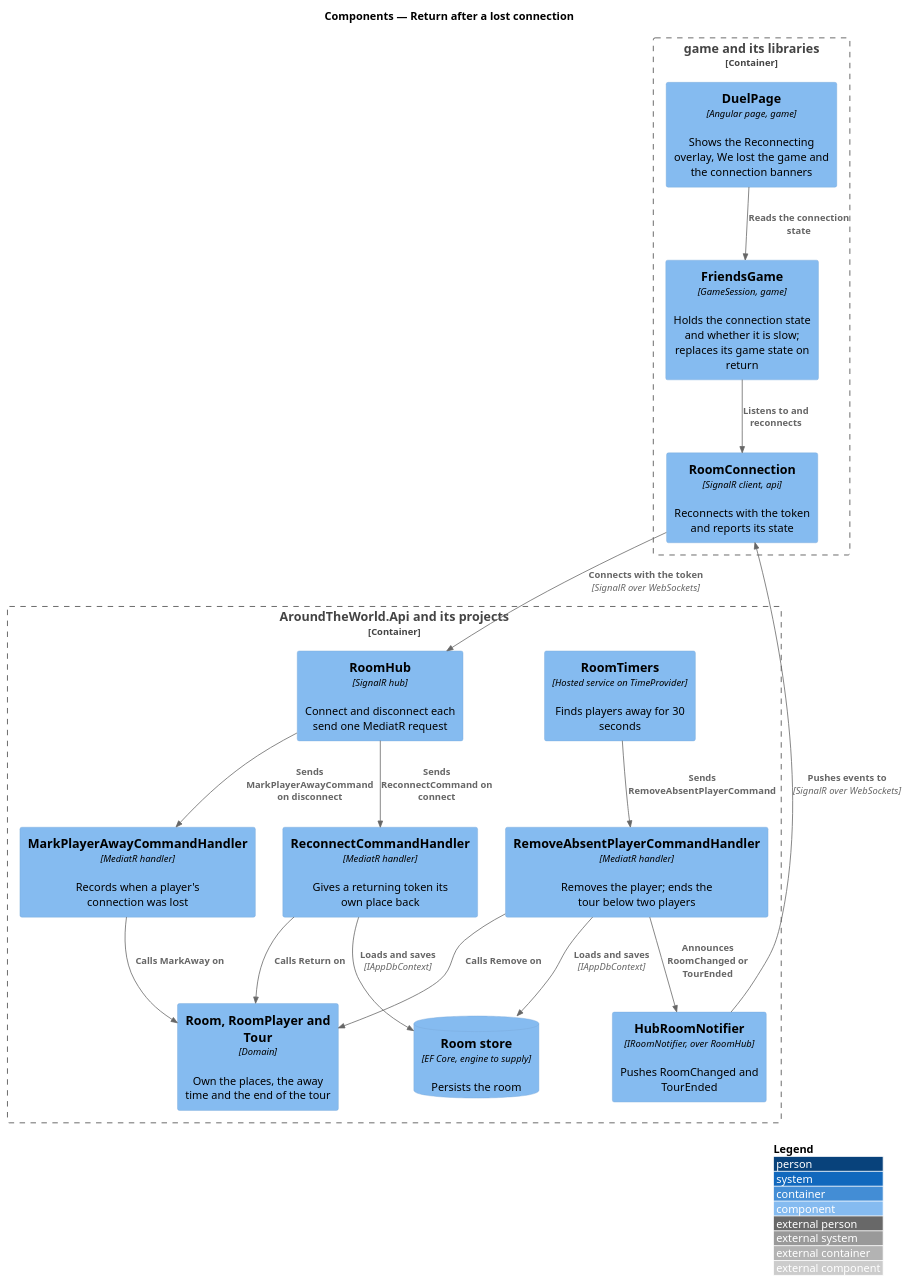
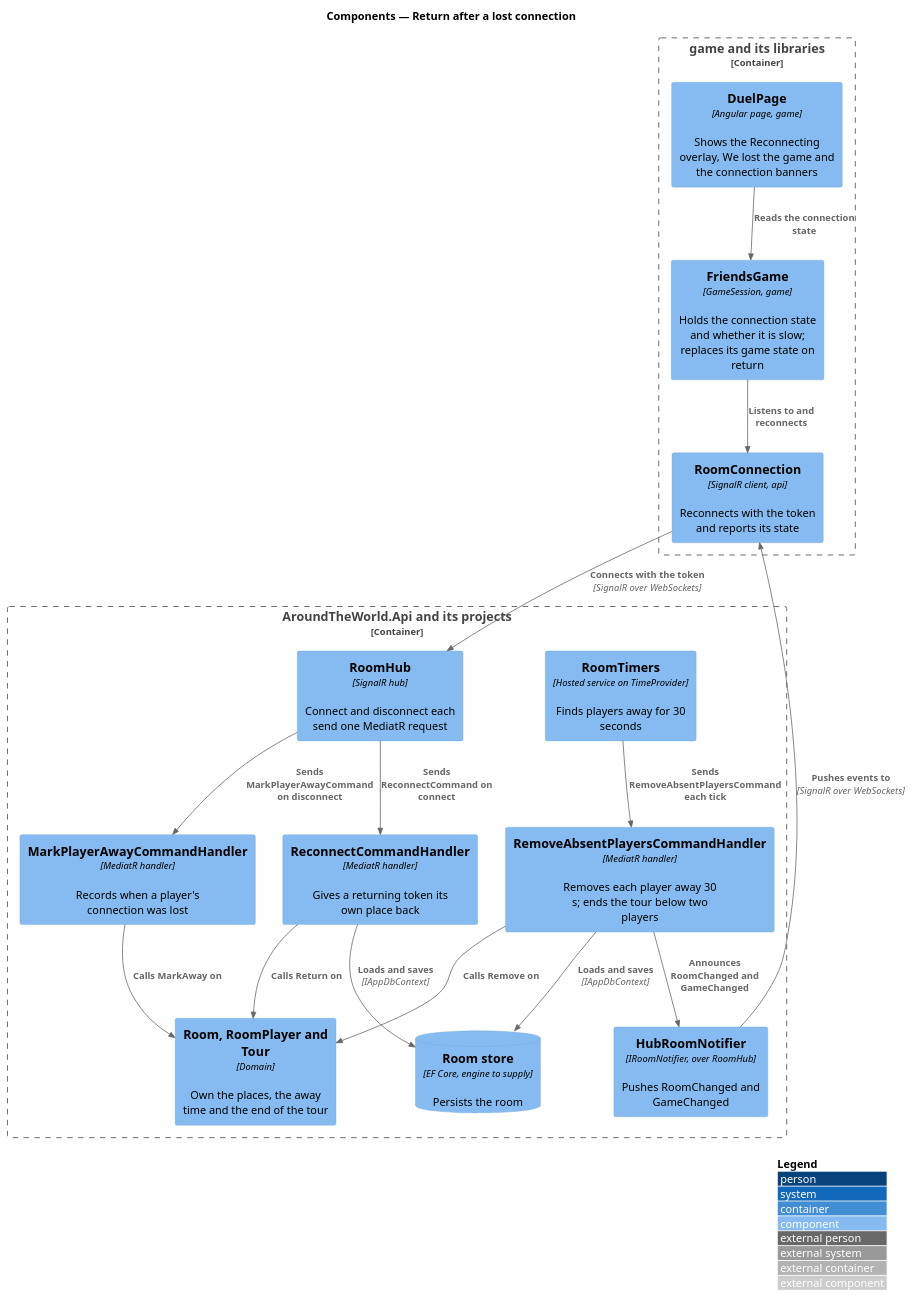
One commit to QuinntyneBrown/around-the-world changed the diagram in docs/detailed-designs/rooms/return-after-lost-connection/diagrams/c4-component.puml. Above: the diagram before and after it, drawn with PlantUML. The commit also changed 9 other files, not shown here.

First line of the commit message:
Journey 16: align the design's diagrams, mark it complete and record its lessons

```diff
--- a/docs/detailed-designs/rooms/return-after-lost-connection/diagrams/c4-component.puml
+++ b/docs/detailed-designs/rooms/return-after-lost-connection/diagrams/c4-component.puml
@@ -1,34 +1,34 @@
 @startuml
 !include <C4/C4_Component>
 LAYOUT_WITH_LEGEND()
 title Components — Return after a lost connection
 
 Container_Boundary(game, "game and its libraries") {
   Component(page, "DuelPage", "Angular page, game", "Shows the Reconnecting overlay, We lost the game and the connection banners")
   Component(session, "FriendsGame", "GameSession, game", "Holds the connection state and whether it is slow; replaces its game state on return")
   Component(conn, "RoomConnection", "SignalR client, api", "Reconnects with the token and reports its state")
 }
 Container_Boundary(api, "AroundTheWorld.Api and its projects") {
   Component(hub, "RoomHub", "SignalR hub", "Connect and disconnect each send one MediatR request")
   Component(timers, "RoomTimers", "Hosted service on TimeProvider", "Finds players away for 30 seconds")
   Component(away, "MarkPlayerAwayCommandHandler", "MediatR handler", "Records when a player's connection was lost")
   Component(reconnect, "ReconnectCommandHandler", "MediatR handler", "Gives a returning token its own place back")
-  Component(remove, "RemoveAbsentPlayerCommandHandler", "MediatR handler", "Removes the player; ends the tour below two players")
+  Component(remove, "RemoveAbsentPlayersCommandHandler", "MediatR handler", "Removes each player away 30 s; ends the tour below two players")
   Component(room, "Room, RoomPlayer and Tour", "Domain", "Own the places, the away time and the end of the tour")
-  Component(notifier, "HubRoomNotifier", "IRoomNotifier, over RoomHub", "Pushes RoomChanged and TourEnded")
+  Component(notifier, "HubRoomNotifier", "IRoomNotifier, over RoomHub", "Pushes RoomChanged and GameChanged")
   ComponentDb(store, "Room store", "EF Core, engine to supply", "Persists the room")
 }
 Rel(page, session, "Reads the connection state")
 Rel(session, conn, "Listens to and reconnects")
 Rel(conn, hub, "Connects with the token", "SignalR over WebSockets")
 Rel(hub, away, "Sends MarkPlayerAwayCommand on disconnect")
 Rel(hub, reconnect, "Sends ReconnectCommand on connect")
-Rel(timers, remove, "Sends RemoveAbsentPlayerCommand")
+Rel(timers, remove, "Sends RemoveAbsentPlayersCommand each tick")
 Rel(away, room, "Calls MarkAway on")
 Rel(reconnect, room, "Calls Return on")
 Rel(remove, room, "Calls Remove on")
 Rel(reconnect, store, "Loads and saves", "IAppDbContext")
 Rel(remove, store, "Loads and saves", "IAppDbContext")
-Rel(remove, notifier, "Announces RoomChanged or TourEnded")
+Rel(remove, notifier, "Announces RoomChanged and GameChanged")
 Rel(notifier, conn, "Pushes events to", "SignalR over WebSockets")
 @enduml
```
